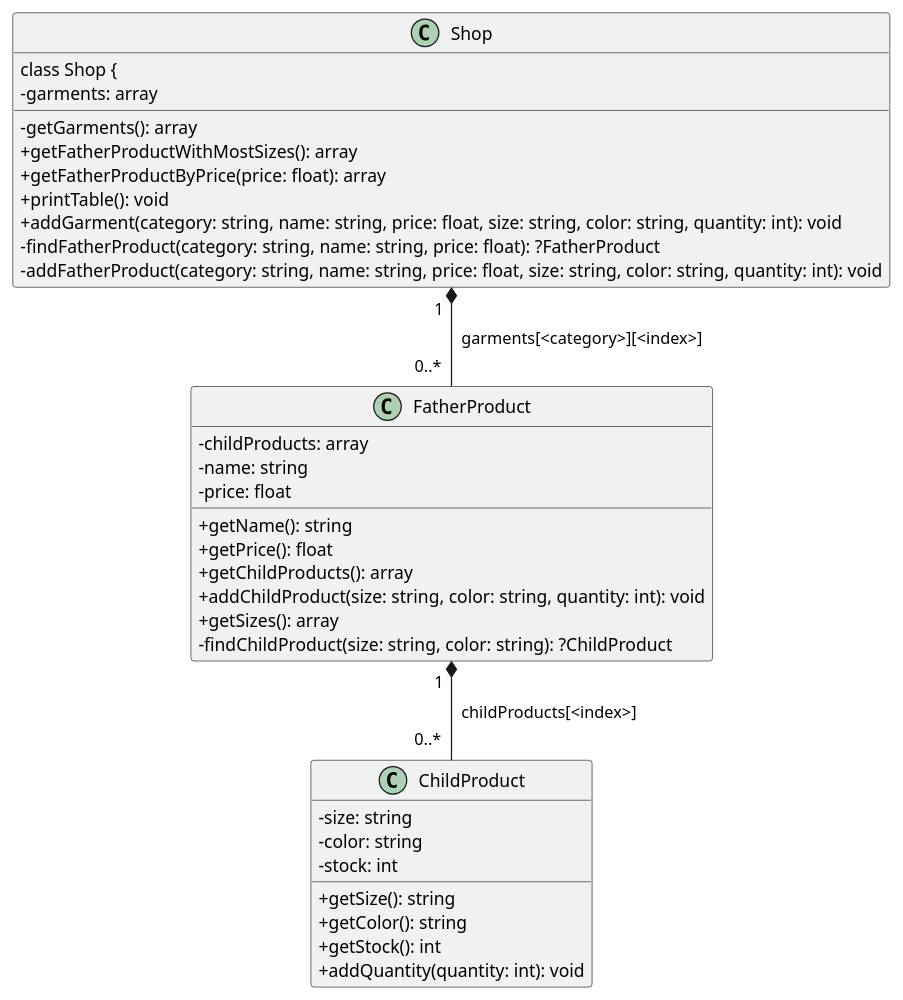
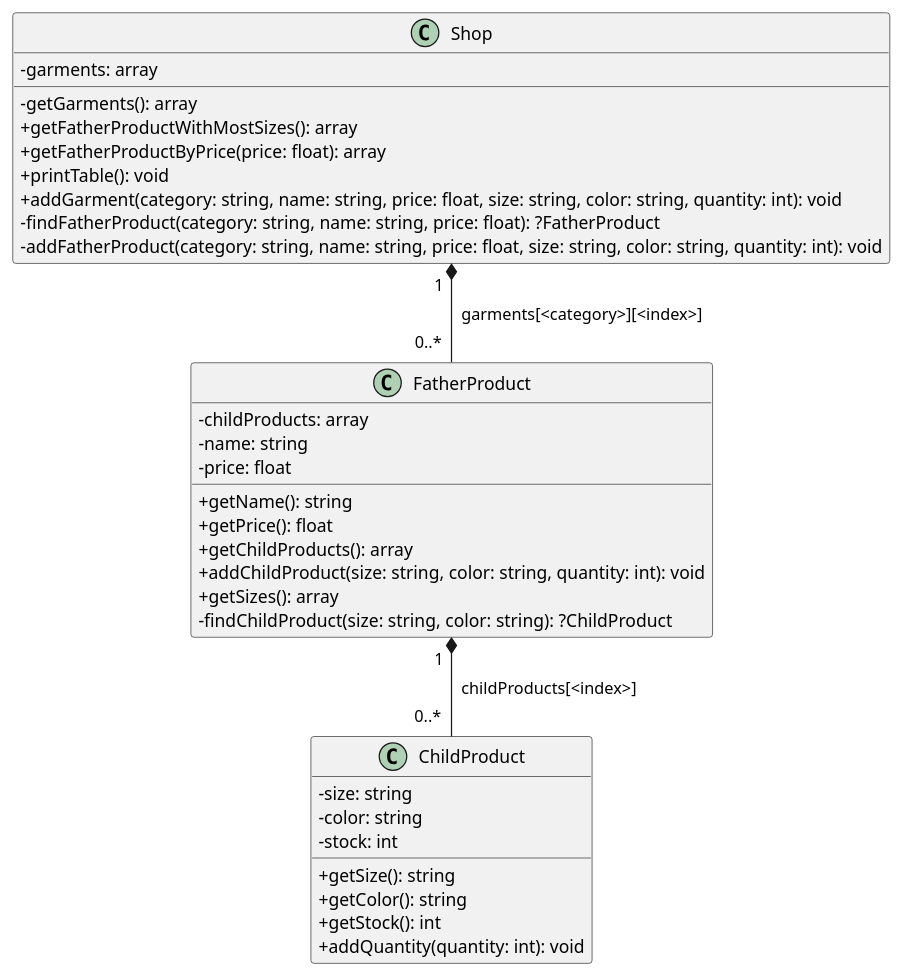
The diagram in diagram.puml (alangiralt-dot/prova_de_nivell), drawn with PlantUML before and after one commit.

Commit message:
docs: remove duplicated Shop class declaration in diagram

```diff
--- a/diagram.puml
+++ b/diagram.puml
@@ -1,38 +1,36 @@
 @startuml
 skinparam classAttributeIconSize 0
-
-class Shop {
 
 class Shop {
   - garments: array
   - getGarments(): array
   + getFatherProductWithMostSizes(): array
   + getFatherProductByPrice(price: float): array
   + printTable(): void
   + addGarment(category: string, name: string, price: float, size: string, color: string, quantity: int): void
   - findFatherProduct(category: string, name: string, price: float): ?FatherProduct
   - addFatherProduct(category: string, name: string, price: float, size: string, color: string, quantity: int): void
 }
 class FatherProduct {
   - childProducts: array
   - name: string
   - price: float
   + getName(): string
   + getPrice(): float
   + getChildProducts(): array
   + addChildProduct(size: string, color: string, quantity: int): void
   + getSizes(): array
   - findChildProduct(size: string, color: string): ?ChildProduct
 }
 class ChildProduct {
   - size: string
   - color: string
   - stock: int
   + getSize(): string
   + getColor(): string
   + getStock(): int
   + addQuantity(quantity: int): void
 }
 Shop "  1  " *-- "  0..*  " FatherProduct : "  garments[<category>][<index>]  "
 FatherProduct "  1  " *-- "  0..*  " ChildProduct : "  childProducts[<index>]  "
 @enduml
```
